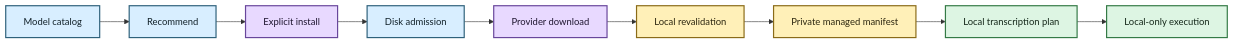
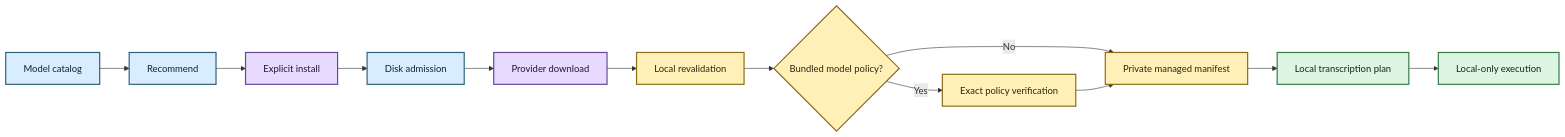
One commit to SSD1805/Scholion changed the diagram in docs/architecture/model-management.md. Above: the diagram before and after it, drawn with Mermaid. The commit also changed other lines of this file, not shown here.

Commit message:
Truth-sync model management for production policy composition

````diff
--- a/docs/architecture/model-management.md
+++ b/docs/architecture/model-management.md
@@ -17,21 +18,24 @@
 ```mermaid
 flowchart LR
     A[Model catalog] --> B[Recommend]
     B --> C[Explicit install]
     C --> D[Disk admission]
     D --> E[Provider download]
     E --> F[Local revalidation]
-    F --> G[Private managed manifest]
+    F --> P{Bundled model policy?}
+    P -->|No| G[Private managed manifest]
+    P -->|Yes| T[Exact policy verification]
+    T --> G
     G --> H[Local transcription plan]
     H --> I[Local-only execution]
 
     classDef info fill:#D8EEFF,stroke:#2E617B,stroke-width:2px,color:#12222A
     classDef network fill:#E8D9FF,stroke:#68469B,stroke-width:2px,color:#1F1630
     classDef evidence fill:#FFF0B8,stroke:#8A6B18,stroke-width:2px,color:#2C260F
     classDef run fill:#DDF5E3,stroke:#347A46,stroke-width:2px,color:#142719
 
     class A,B,D info
     class C,E network
-    class F,G evidence
+    class F,P,T,G evidence
     class H,I run
 ```
````
